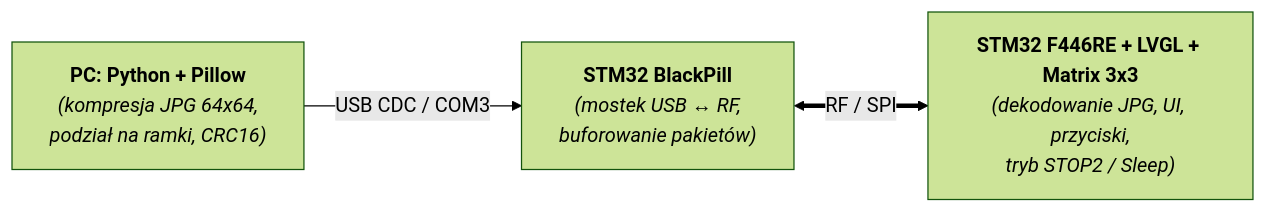
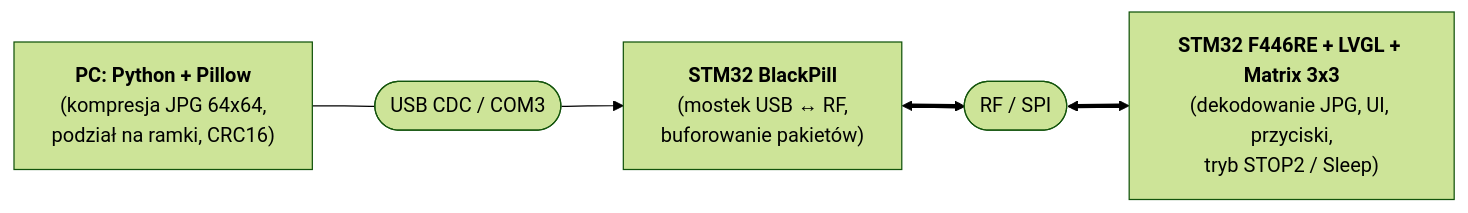
Before and after one commit to dominik-stanczyk/stm32-rf-media-remote: the diagram in README.md, drawn with Mermaid (forest theme). The commit also changed other lines of this file, not shown here.

Commit message:
docs: fix flowchart in main README

````diff
--- a/README.md
+++ b/README.md
@@ -11,9 +11,11 @@
 ```mermaid
 flowchart LR
-    PC["<b>PC: Python + Pillow</b><br/><i>(kompresja JPG 64x64,<br/>podział na ramki, CRC16)</i>"]
-    BP["<b>STM32 BlackPill</b><br/><i>(mostek USB ↔ RF,<br/>buforowanie pakietów)</i>"]
-    F4["<b>STM32 F446RE + LVGL + Matrix 3x3</b><br/><i>(dekodowanie JPG, UI, przyciski,<br/>tryb STOP2 / Sleep)</i>"]
+    PC["<b>PC: Python + Pillow</b><br/>(kompresja JPG 64x64,<br/>podział na ramki, CRC16)"]
+    USB(["USB CDC / COM3"])
+    BP["<b>STM32 BlackPill</b><br/>(mostek USB ↔ RF,<br/>buforowanie pakietów)"]
+    RF(["RF / SPI"])
+    F4["<b>STM32 F446RE + LVGL + Matrix 3x3</b><br/>(dekodowanie JPG, UI, przyciski,<br/>tryb STOP2 / Sleep)"]
 
-    PC -- "USB CDC / COM3" --> BP
-    BP <== "RF / SPI" ==> F4
+    PC --- USB --> BP
+    BP <==> RF <==> F4
 ```
````
